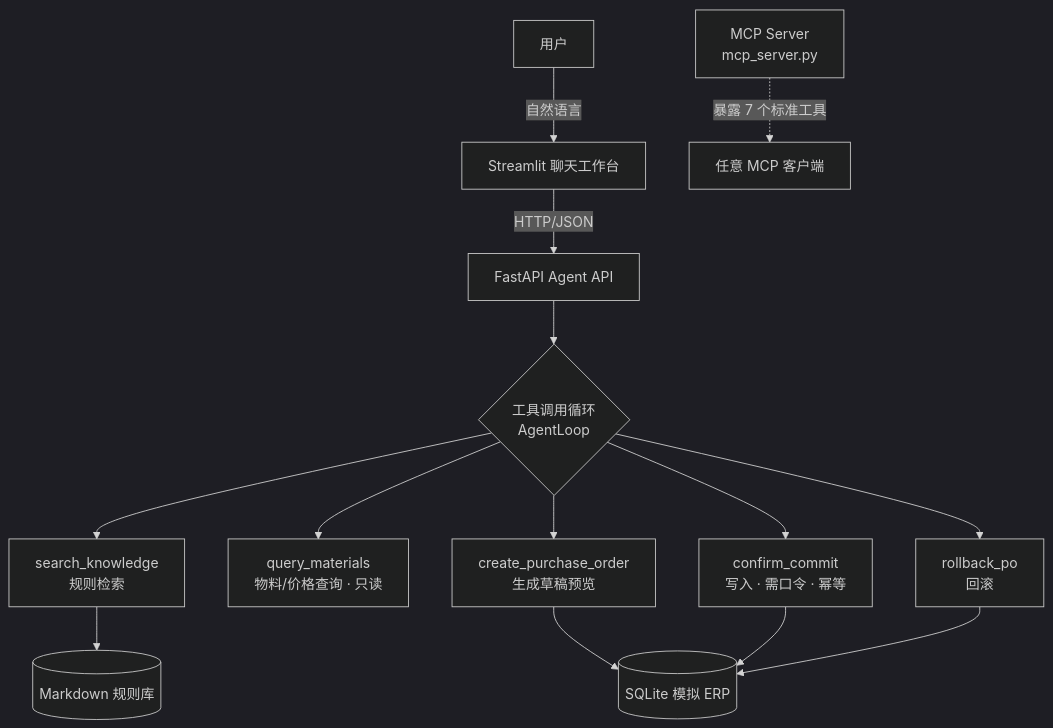
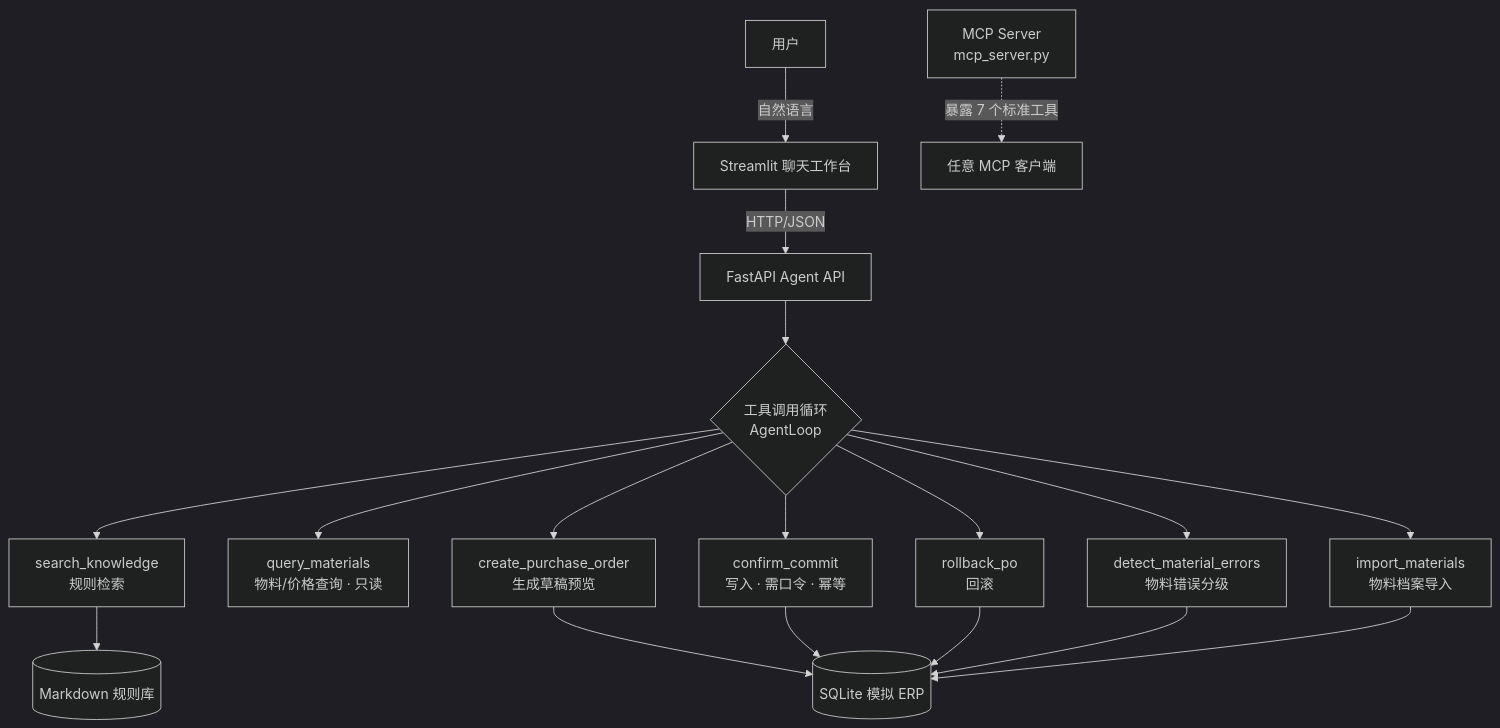
One commit to qiandewucimi-cpu/erp-procurement-agent changed the diagram in README.md. Above: the diagram before and after it, drawn with Mermaid (dark theme). The commit also changed other lines of this file and 6 other files, not shown here.

Commit message:
docs: 移除面试自用材料，README 架构图补齐 7 工具，全仓内部措辞中性化

````diff
--- a/README.md
+++ b/README.md
@@ -26,16 +26,20 @@
 ```mermaid
 flowchart TB
     U[用户] -->|自然语言| UI[Streamlit 聊天工作台]
     UI -->|HTTP/JSON| API[FastAPI Agent API]
     API --> LOOP{工具调用循环<br/>AgentLoop}
     LOOP --> SK[search_knowledge<br/>规则检索]
     LOOP --> QM[query_materials<br/>物料/价格查询 · 只读]
     LOOP --> CP[create_purchase_order<br/>生成草稿预览]
     LOOP --> CC[confirm_commit<br/>写入 · 需口令 · 幂等]
     LOOP --> RB[rollback_po<br/>回滚]
+    LOOP --> DM[detect_material_errors<br/>物料错误分级]
+    LOOP --> IM[import_materials<br/>物料档案导入]
     CP --> DB[(SQLite 模拟 ERP)]
     CC --> DB
     RB --> DB
+    DM --> DB
+    IM --> DB
     SK --> KB[(Markdown 规则库)]
     MCP[MCP Server<br/>mcp_server.py] -.->|暴露 7 个标准工具| EXT[任意 MCP 客户端]
 ```
````
